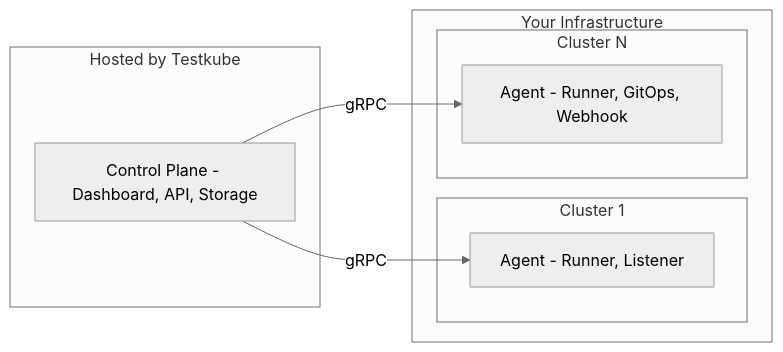
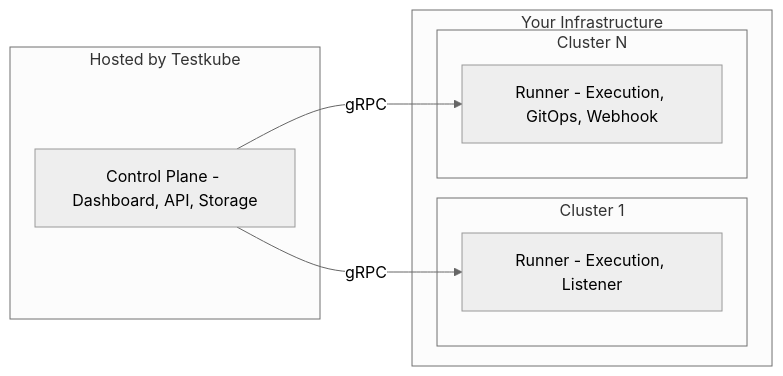
One commit to kubeshop/testkube-docs changed the second of 3 diagrams in docs/articles/install/0-overview.mdx. Above: the diagram before and after it, drawn with Mermaid (neutral theme). The commit also changed other lines of this file and 91 other files, not shown here.

````diff
--- a/docs/articles/install/0-overview.mdx
+++ b/docs/articles/install/0-overview.mdx
@@ -98,18 +98,18 @@
 ```mermaid
 flowchart LR
     subgraph Hosted by Testkube
         CP["Control Plane - Dashboard, API, Storage"]
     end
 
     subgraph Your Infrastructure
         subgraph Cluster 1
-            A1["Agent - Runner, Listener"]
+            A1["Runner - Execution, Listener"]
         end
         subgraph Cluster N
-            AN["Agent - Runner, GitOps, Webhook"]
+            AN["Runner - Execution, GitOps, Webhook"]
         end
     end
 
     CP -- "gRPC" --> A1
     CP -- "gRPC" --> AN
 ```
````
